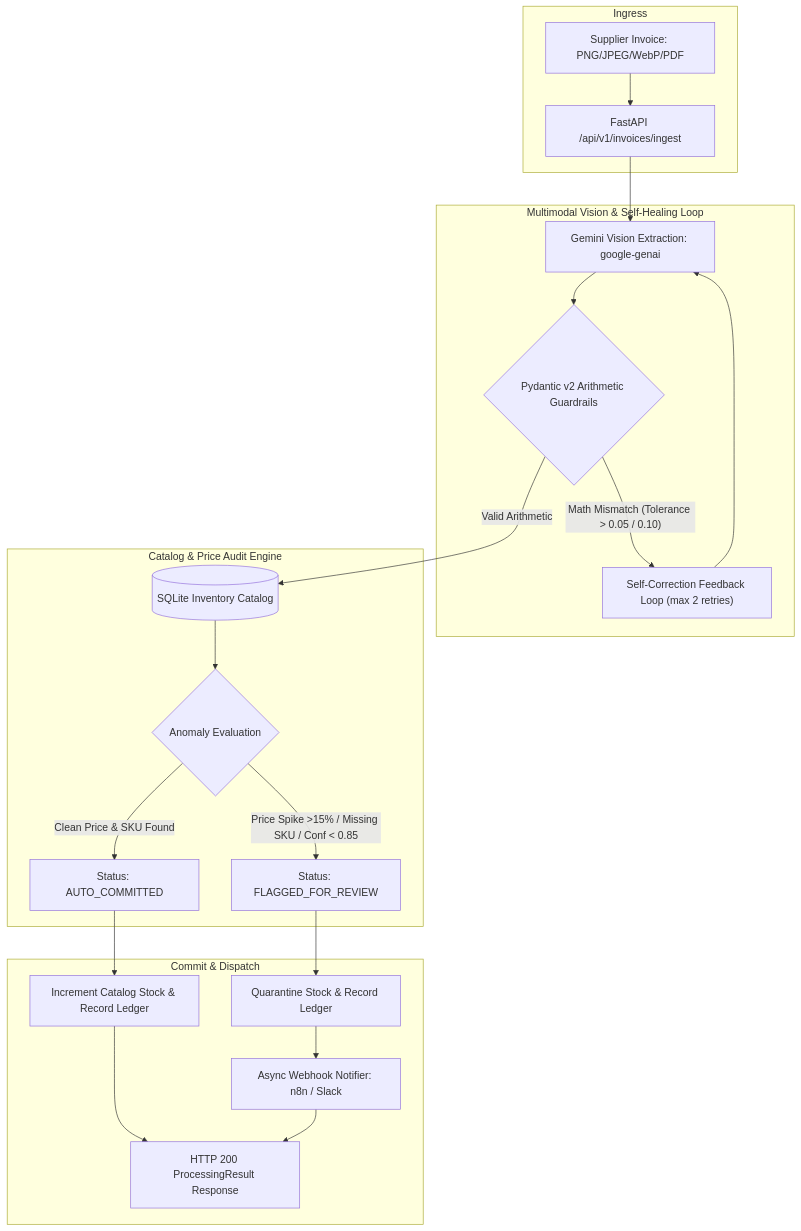
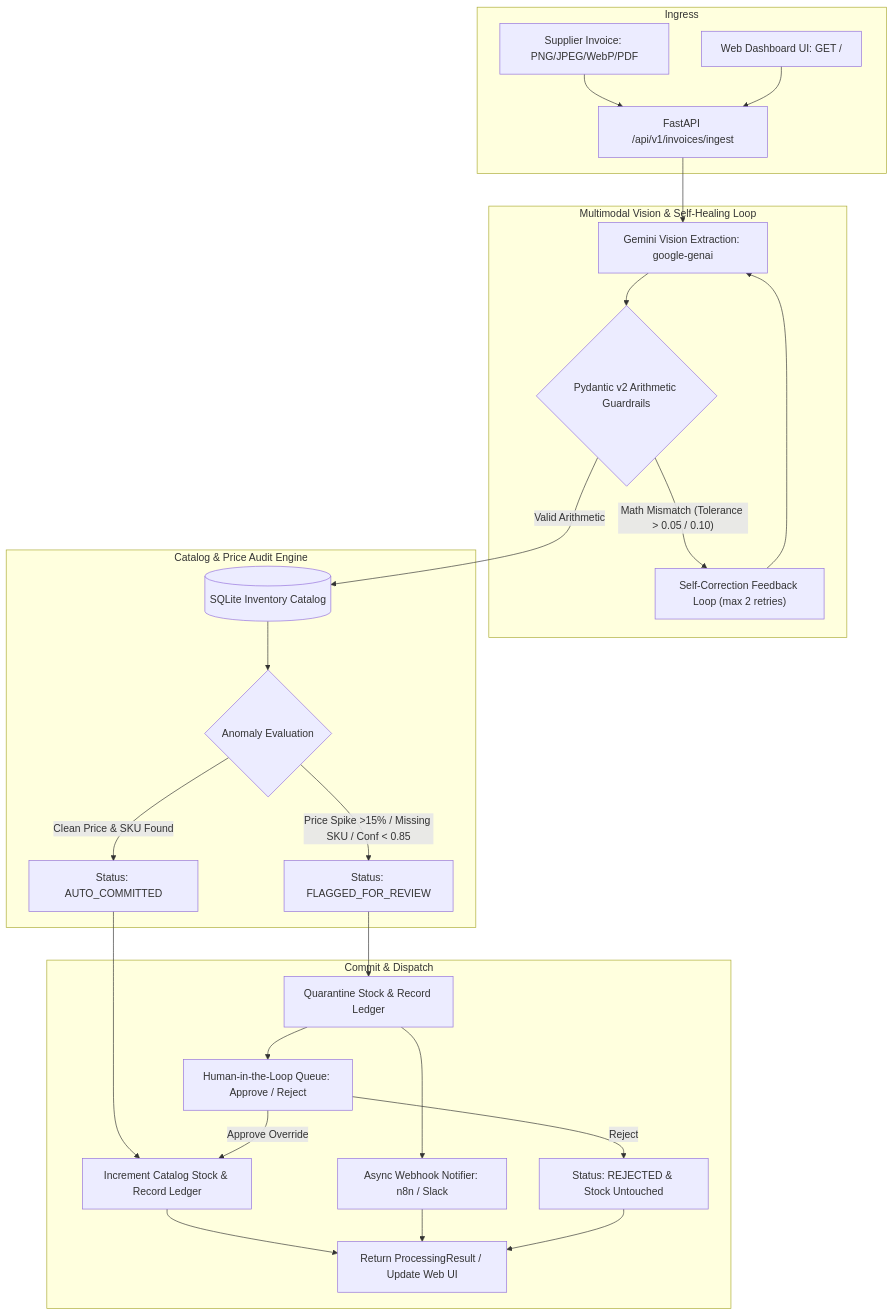
One commit to ahmedkhier/stockops-ai-agent changed the diagram in README.md. Above: the diagram before and after it, drawn with Mermaid. The commit also changed other lines of this file and 8 other files, not shown here.

Commit message:
feat(ui): add Live Ops Dashboard, HITL quarantine queue, and simulation endpoints

````diff
--- a/README.md
+++ b/README.md
@@ -16,28 +31,33 @@
 ```mermaid
 flowchart TD
     subgraph Ingress
         A[Supplier Invoice: PNG/JPEG/WebP/PDF] --> B[FastAPI /api/v1/invoices/ingest]
+        A2[Web Dashboard UI: GET /] --> B
     end
 
     subgraph "Multimodal Vision & Self-Healing Loop"
         B --> C[Gemini Vision Extraction: google-genai]
         C --> D{Pydantic v2 Arithmetic Guardrails}
         D -- "Math Mismatch (Tolerance > 0.05 / 0.10)" --> E["Self-Correction Feedback Loop (max 2 retries)"]
         E --> C
     end
 
     subgraph "Catalog & Price Audit Engine"
         D -- "Valid Arithmetic" --> F[(SQLite Inventory Catalog)]
         F --> G{Anomaly Evaluation}
         G -- "Clean Price & SKU Found" --> H[Status: AUTO_COMMITTED]
         G -- "Price Spike >15% / Missing SKU / Conf < 0.85" --> I[Status: FLAGGED_FOR_REVIEW]
     end
 
     subgraph "Commit & Dispatch"
         H --> J[Increment Catalog Stock & Record Ledger]
         I --> K[Quarantine Stock & Record Ledger]
         K --> L[Async Webhook Notifier: n8n / Slack]
-        J --> M[HTTP 200 ProcessingResult Response]
-        L --> M
+        K --> M[Human-in-the-Loop Queue: Approve / Reject]
+        M -- Approve Override --> J
+        M -- Reject --> N[Status: REJECTED & Stock Untouched]
+        J --> O[Return ProcessingResult / Update Web UI]
+        L --> O
+        N --> O
     end
 ```
````
